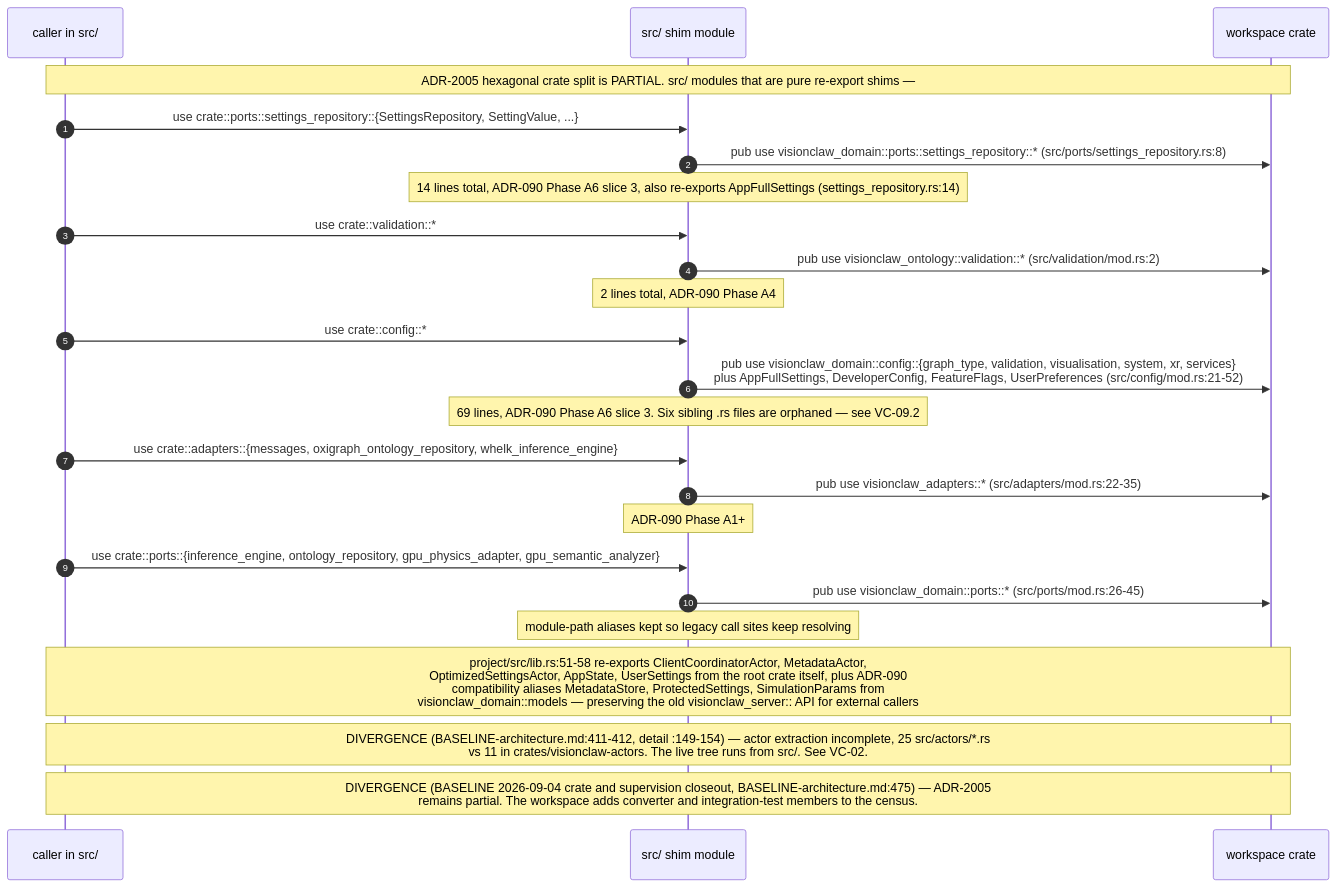
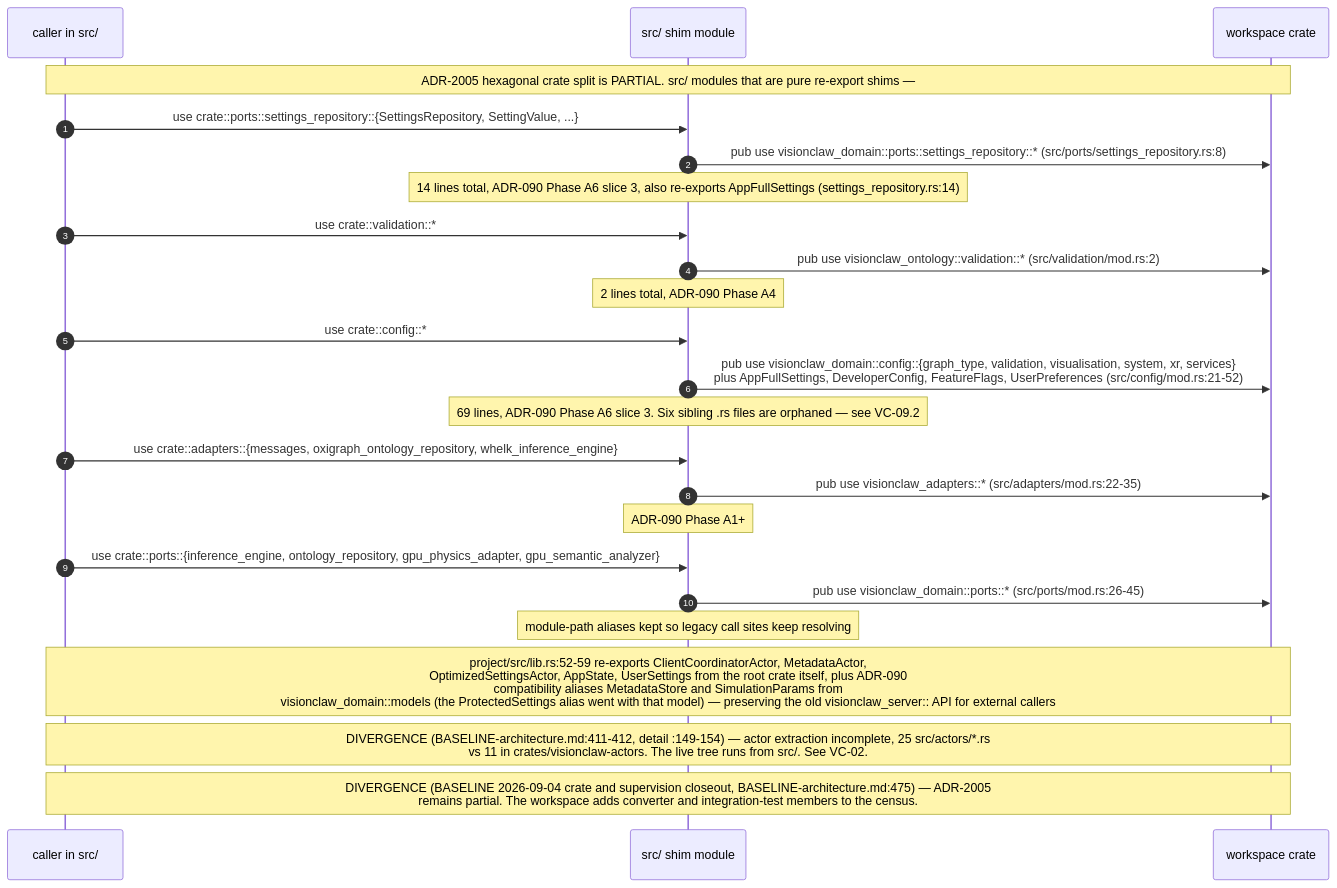
One commit to DreamLab-AI/VisionFlow changed the second of 9 diagrams in docs/diagrams/visionclaw/07-hexagonal-ports-and-crates.md. Above: the diagram before and after it, drawn with Mermaid. The commit also changed other lines of this file and 7 other files, not shown here.

````diff
--- a/docs/diagrams/visionclaw/07-hexagonal-ports-and-crates.md
+++ b/docs/diagrams/visionclaw/07-hexagonal-ports-and-crates.md
@@ -127,27 +127,27 @@
 ```mermaid
 sequenceDiagram
     autonumber
     participant C as caller in src/
     participant SH as src/ shim module
     participant CR as workspace crate
 
     Note over C,CR: ADR-2005 hexagonal crate split is PARTIAL. src/ modules that are pure re-export shims —
     C->>SH: use crate::ports::settings_repository::{SettingsRepository, SettingValue, ...}
     SH->>CR: pub use visionclaw_domain::ports::settings_repository::* (src/ports/settings_repository.rs:8)
     Note over SH: 14 lines total, ADR-090 Phase A6 slice 3, also re-exports AppFullSettings (settings_repository.rs:14)
     C->>SH: use crate::validation::*
     SH->>CR: pub use visionclaw_ontology::validation::* (src/validation/mod.rs:2)
     Note over SH: 2 lines total, ADR-090 Phase A4
     C->>SH: use crate::config::*
     SH->>CR: pub use visionclaw_domain::config::{graph_type, validation, visualisation, system, xr, services}<br/>plus AppFullSettings, DeveloperConfig, FeatureFlags, UserPreferences (src/config/mod.rs:21-52)
     Note over SH: 69 lines, ADR-090 Phase A6 slice 3. Six sibling .rs files are orphaned — see VC-09.2
     C->>SH: use crate::adapters::{messages, oxigraph_ontology_repository, whelk_inference_engine}
     SH->>CR: pub use visionclaw_adapters::* (src/adapters/mod.rs:22-35)
     Note over SH: ADR-090 Phase A1+
     C->>SH: use crate::ports::{inference_engine, ontology_repository, gpu_physics_adapter, gpu_semantic_analyzer}
     SH->>CR: pub use visionclaw_domain::ports::* (src/ports/mod.rs:26-45)
     Note over SH: module-path aliases kept so legacy call sites keep resolving
-    Note over C,CR: project/src/lib.rs:51-58 re-exports ClientCoordinatorActor, MetadataActor,<br/>OptimizedSettingsActor, AppState, UserSettings from the root crate itself, plus ADR-090<br/>compatibility aliases MetadataStore, ProtectedSettings, SimulationParams from<br/>visionclaw_domain::models — preserving the old visionclaw_server:: API for external callers
+    Note over C,CR: project/src/lib.rs:52-59 re-exports ClientCoordinatorActor, MetadataActor,<br/>OptimizedSettingsActor, AppState, UserSettings from the root crate itself, plus ADR-090<br/>compatibility aliases MetadataStore and SimulationParams from<br/>visionclaw_domain::models (the ProtectedSettings alias went with that model) — preserving the old visionclaw_server:: API for external callers
     Note over C,CR: DIVERGENCE (BASELINE-architecture.md:411-412, detail :149-154) — actor extraction incomplete, 25 src/actors/*.rs<br/>vs 11 in crates/visionclaw-actors. The live tree runs from src/. See VC-02.
     Note over C,CR: DIVERGENCE (BASELINE 2026-09-04 crate and supervision closeout, BASELINE-architecture.md:475) — ADR-2005<br/>remains partial. The workspace adds converter and integration-test members to the census.
 ```
````
